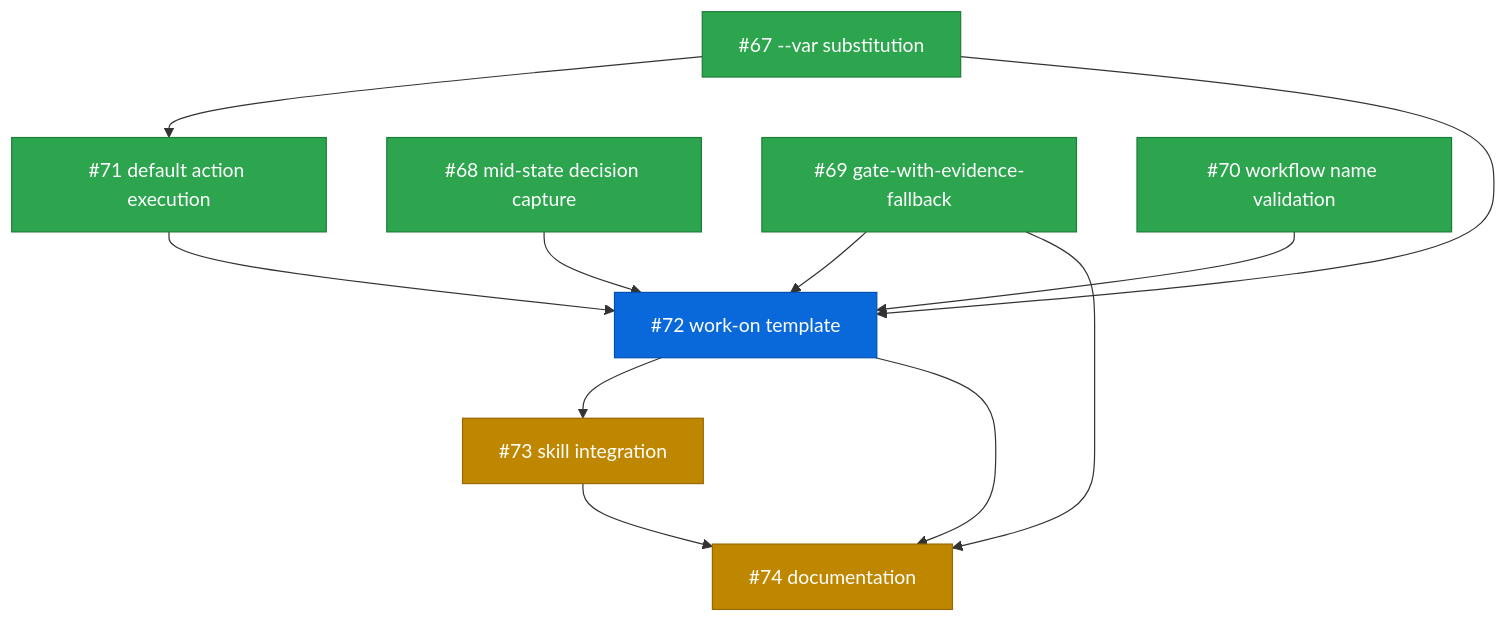
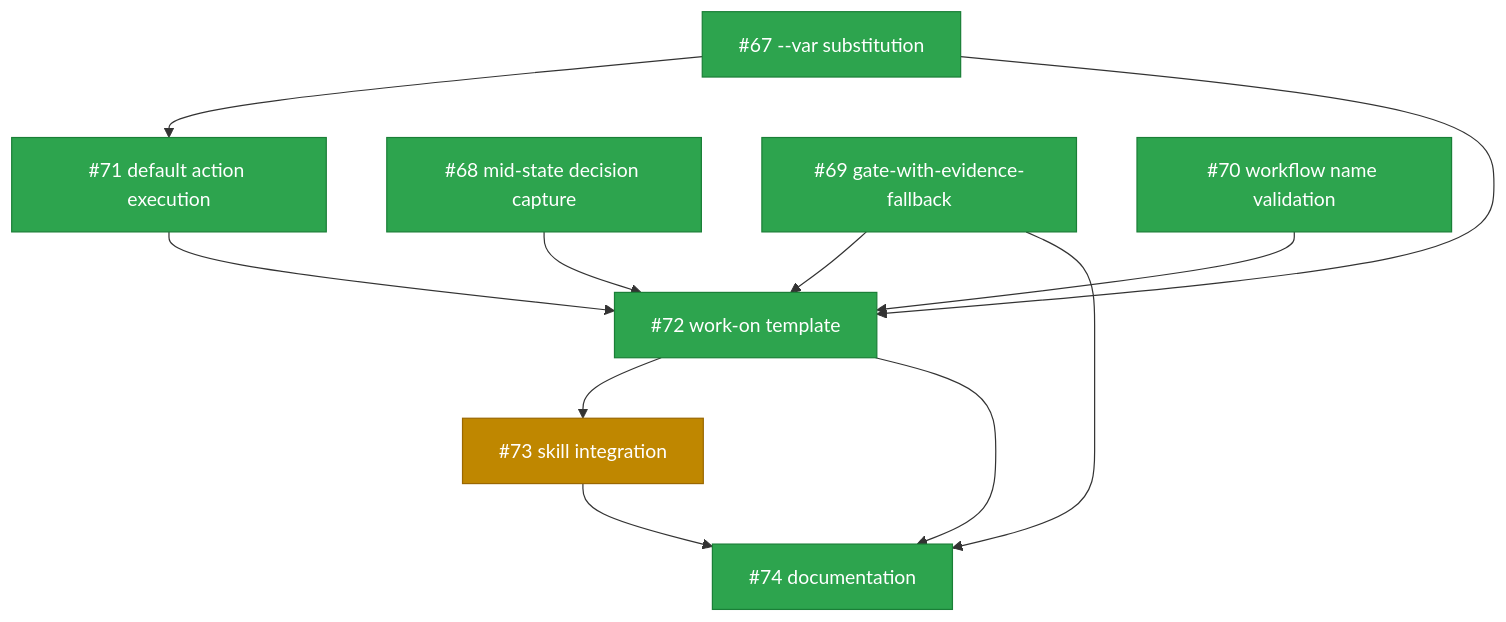
One commit to tsukumogami/koto changed the diagram in docs/plans/PLAN-shirabe-work-on-template.md. Above: the diagram before and after it, drawn with Mermaid. The commit also changed other lines of this file, not shown here.

Commit message:
docs(plan): mark #72 and #74 done, #73 deferred to shirabe#18

````diff
--- a/docs/plans/PLAN-shirabe-work-on-template.md
+++ b/docs/plans/PLAN-shirabe-work-on-template.md
@@ -45,36 +45,35 @@
 ```mermaid
 graph TD
     I67["#67 --var substitution"]
     I71["#71 default action execution"]
     I68["#68 mid-state decision capture"]
     I69["#69 gate-with-evidence-fallback"]
     I70["#70 workflow name validation"]
     I72["#72 work-on template"]
     I73["#73 skill integration"]
     I74["#74 documentation"]
 
     I67 --> I71
     I67 --> I72
     I71 --> I72
     I68 --> I72
     I69 --> I72
     I70 --> I72
     I69 --> I74
     I72 --> I73
     I72 --> I74
     I73 --> I74
 
     classDef done fill:#2da44e,stroke:#1a7f37,color:white
     classDef ready fill:#0969da,stroke:#0550ae,color:white
     classDef blocked fill:#bf8700,stroke:#9a6700,color:white
     classDef needsDesign fill:#8250df,stroke:#6639ba,color:white
     classDef needsPrd fill:#cf222e,stroke:#a40e26,color:white
     classDef needsSpike fill:#bf3989,stroke:#99286e,color:white
     classDef needsDecision fill:#e16f24,stroke:#b35900,color:white
     classDef tracksDesign fill:#8250df,stroke:#6639ba,color:white,stroke-dasharray: 5 5
     classDef tracksPlan fill:#0969da,stroke:#0550ae,color:white,stroke-dasharray: 5 5
 
-    class I67,I68,I69,I70,I71 done
-    class I72 ready
-    class I73,I74 blocked
+    class I67,I68,I69,I70,I71,I72,I74 done
+    class I73 blocked
 ```
````
